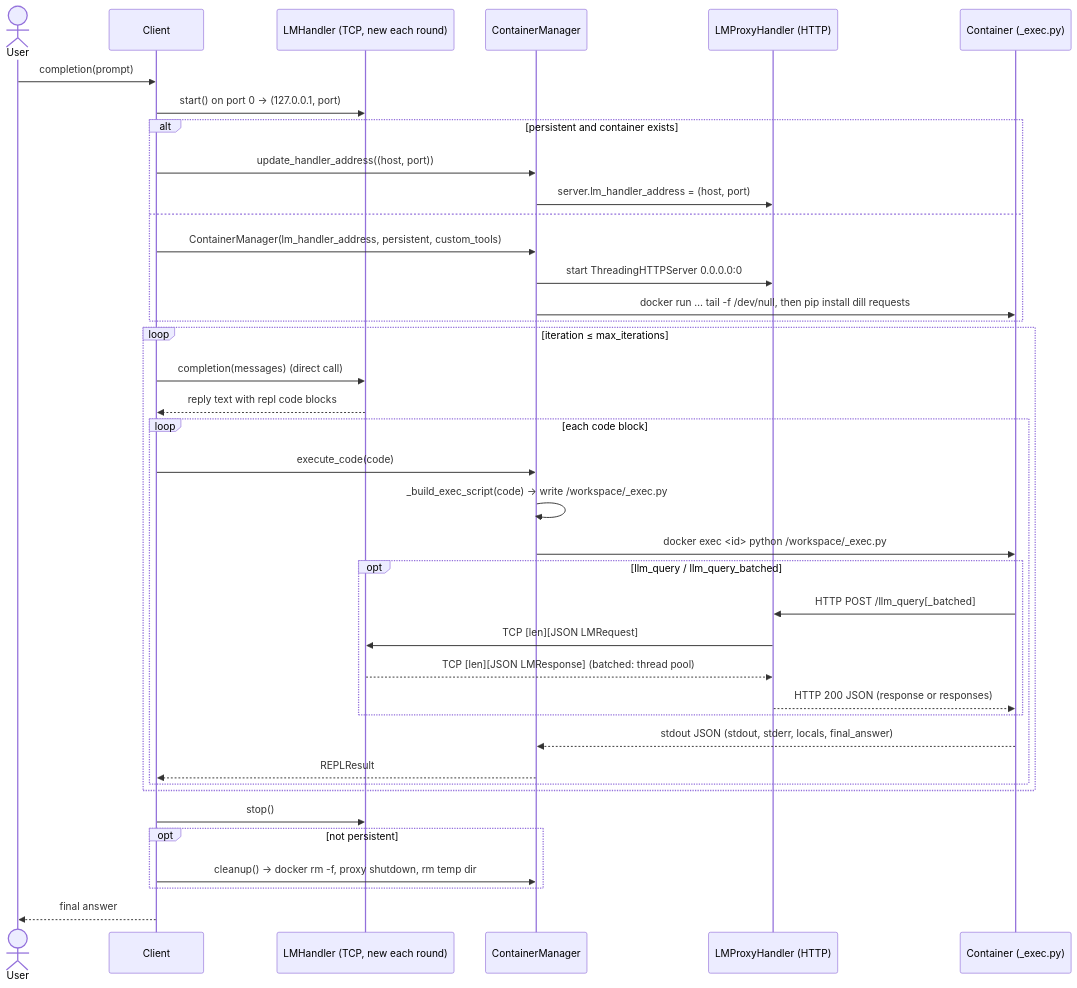
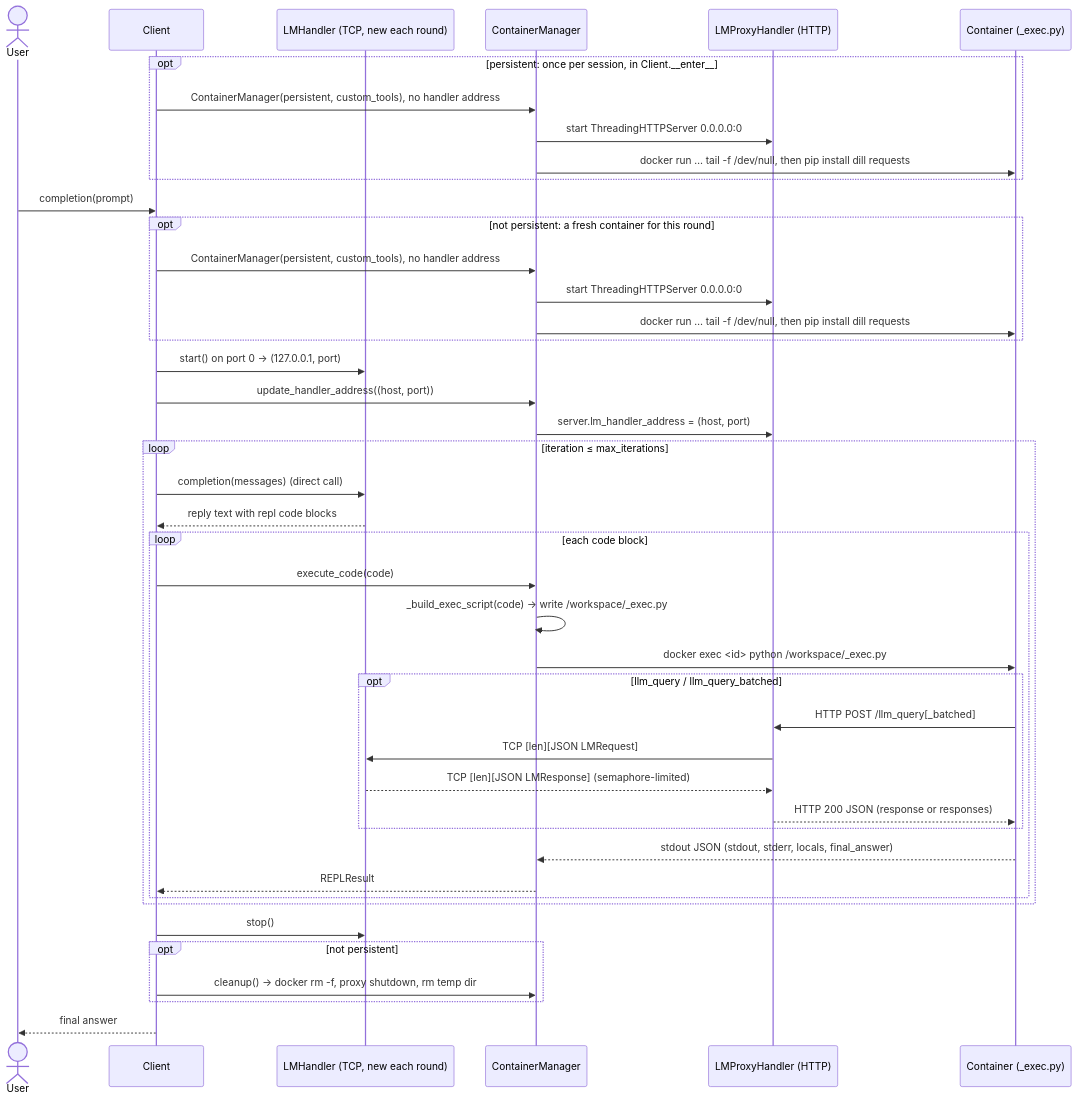
The diagram in docs/ARCHITECTURE.md (zhuy-seattleu/DockerREPL), drawn with Mermaid before and after one commit. The commit also changed other lines of this file, not shown here.

First line of the commit message:
Revise design per review: typed signatures, BaseLM options, container-first round order, LM concurrency cap

````diff
--- a/docs/ARCHITECTURE.md
+++ b/docs/ARCHITECTURE.md
@@ -318,42 +427,46 @@
 ```mermaid
 sequenceDiagram
     actor U as User
     participant C as Client
     participant H as LMHandler (TCP, new each round)
     participant M as ContainerManager
     participant P as LMProxyHandler (HTTP)
     participant X as Container (_exec.py)
 
-    U->>C: completion(prompt)
-    C->>H: start() on port 0 → (127.0.0.1, port)
-    alt persistent and container exists
-        C->>M: update_handler_address((host, port))
-        M->>P: server.lm_handler_address = (host, port)
-    else
-        C->>M: ContainerManager(lm_handler_address, persistent, custom_tools)
+    opt persistent: once per session, in Client.__enter__
+        C->>M: ContainerManager(persistent, custom_tools), no handler address
         M->>P: start ThreadingHTTPServer 0.0.0.0:0
         M->>X: docker run … tail -f /dev/null, then pip install dill requests
     end
+    U->>C: completion(prompt)
+    opt not persistent: a fresh container for this round
+        C->>M: ContainerManager(persistent, custom_tools), no handler address
+        M->>P: start ThreadingHTTPServer 0.0.0.0:0
+        M->>X: docker run … tail -f /dev/null, then pip install dill requests
+    end
+    C->>H: start() on port 0 → (127.0.0.1, port)
+    C->>M: update_handler_address((host, port))
+    M->>P: server.lm_handler_address = (host, port)
     loop iteration ≤ max_iterations
         C->>H: completion(messages) (direct call)
         H-->>C: reply text with repl code blocks
         loop each code block
             C->>M: execute_code(code)
             M->>M: _build_exec_script(code) → write /workspace/_exec.py
             M->>X: docker exec <id> python /workspace/_exec.py
             opt llm_query / llm_query_batched
                 X->>P: HTTP POST /llm_query[_batched]
                 P->>H: TCP [len][JSON LMRequest]
-                H-->>P: TCP [len][JSON LMResponse] (batched: thread pool)
+                H-->>P: TCP [len][JSON LMResponse] (semaphore-limited)
                 P-->>X: HTTP 200 JSON (response or responses)
             end
             X-->>M: stdout JSON (stdout, stderr, locals, final_answer)
             M-->>C: REPLResult
         end
     end
     C->>H: stop()
     opt not persistent
         C->>M: cleanup() → docker rm -f, proxy shutdown, rm temp dir
     end
     C-->>U: final answer
 ```
````
